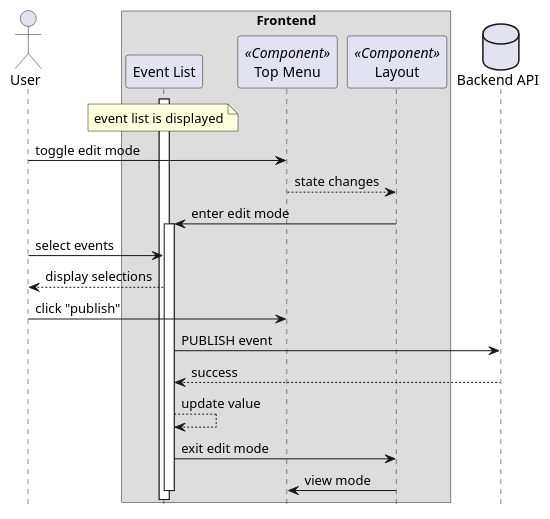
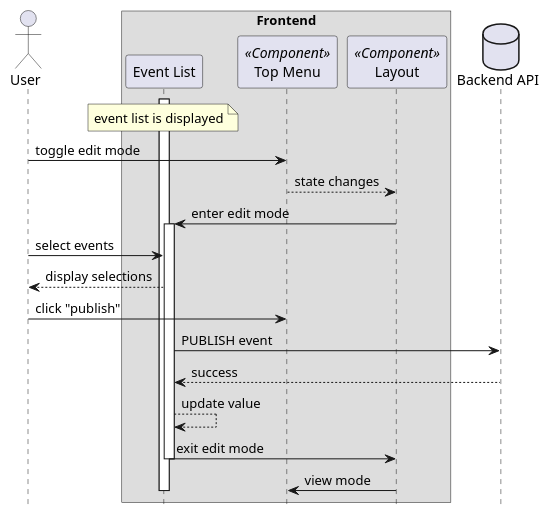
The diagram in docs/sequencediagrams/plantuml/publish_event.plantuml (Modern-MISP/frontend), drawn with PlantUML before and after one commit.

Commit message:
changed bar

```diff
--- a/docs/sequencediagrams/plantuml/publish_event.plantuml
+++ b/docs/sequencediagrams/plantuml/publish_event.plantuml
@@ -1,29 +1,30 @@
 @startuml
 hide footbox
 
 actor User as user
 box "Frontend"
 participant "Event List" as eventlist
 participant "Top Menu" as topmenu <<Component>>
 participant "Layout" as layout <<Component>>
 end box
 database "Backend API" as api
 
 note over eventlist : event list is displayed
 
 activate eventlist
 user -> topmenu : toggle edit mode
 topmenu --> layout : state changes
 layout -> eventlist : enter edit mode
 activate eventlist
 user -> eventlist : select events
 eventlist --> user : display selections
 user -> topmenu : click "publish"
 eventlist -> api : PUBLISH event
 api --> eventlist : success
 eventlist --> eventlist : update value
 
 eventlist -> layout : exit edit mode
+deactivate eventlist
 layout -> topmenu : view mode
 deactivate eventlist
 @enduml
```
